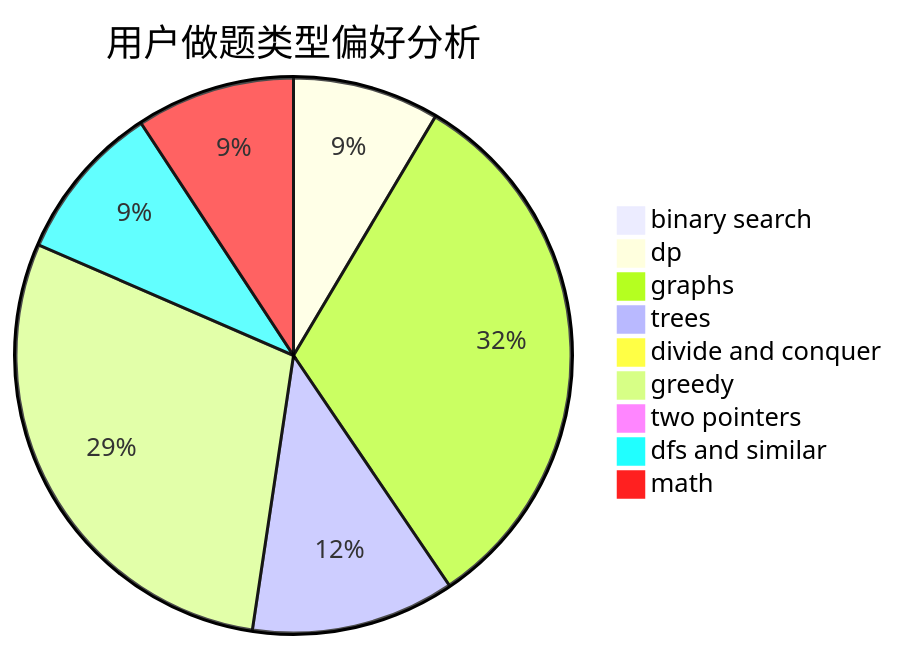
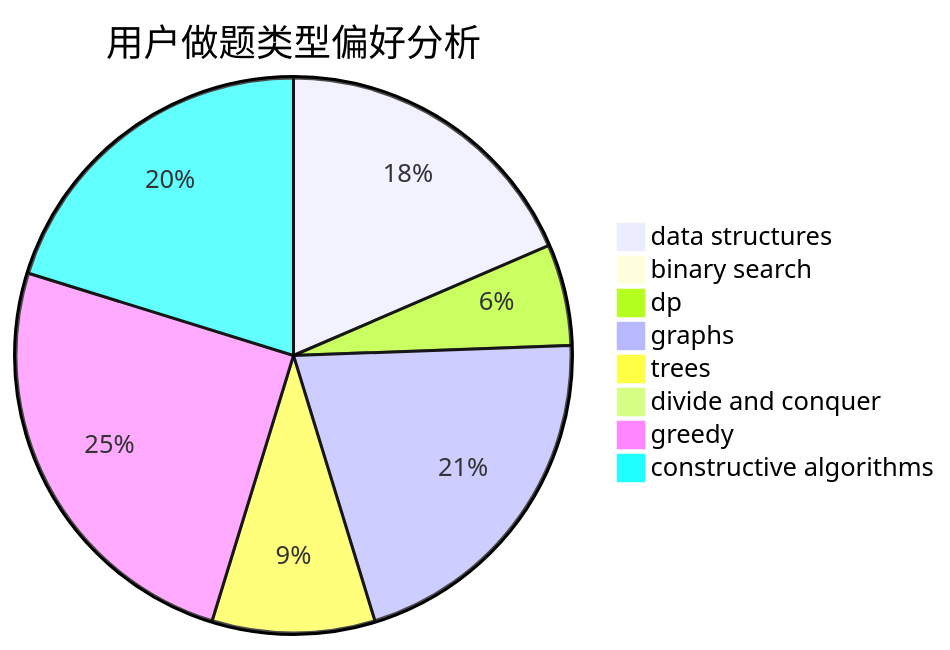
Before and after one commit to sherpahu/cfrs.github.io: the second of 3 diagrams in docs/user/u2307.md, drawn with Mermaid. The commit also changed other lines of this file and 2775 other files, not shown here.

````diff
--- a/docs/user/u2307.md
+++ b/docs/user/u2307.md
@@ -23,12 +23,11 @@
 ```mermaid
 pie title 用户做题类型偏好分析
+    "data structures" :  88
     "binary search" :  1
-    "dp" :  36
-    "graphs" :  135
-    "trees" :  50
+    "dp" :  28
+    "graphs" :  99
+    "trees" :  45
     "divide and conquer" :  0
-    "greedy" :  123
-    "two pointers" :  0
-    "dfs and similar" :  39
-    "math" :  39
+    "greedy" :  119
+    "constructive algorithms" :  96
 ```
````
